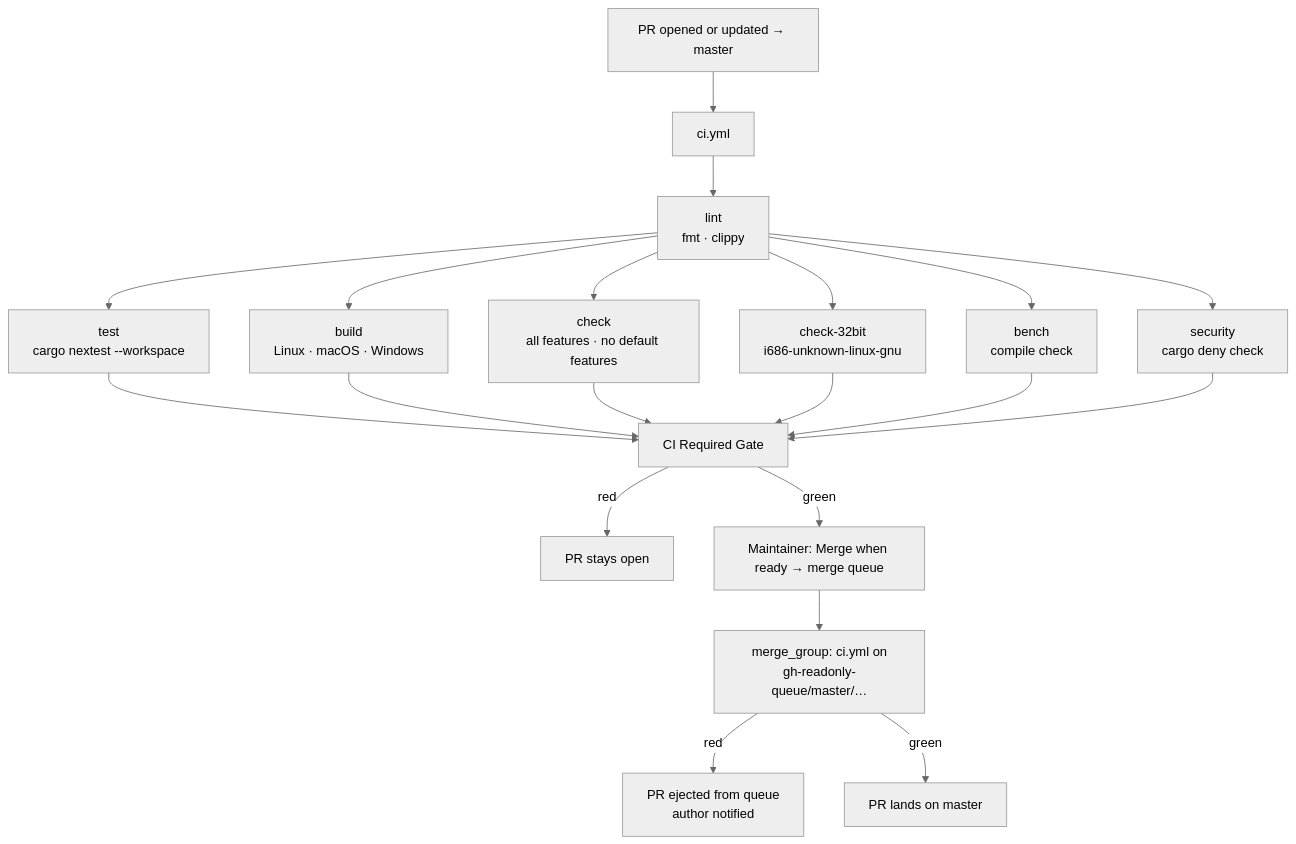
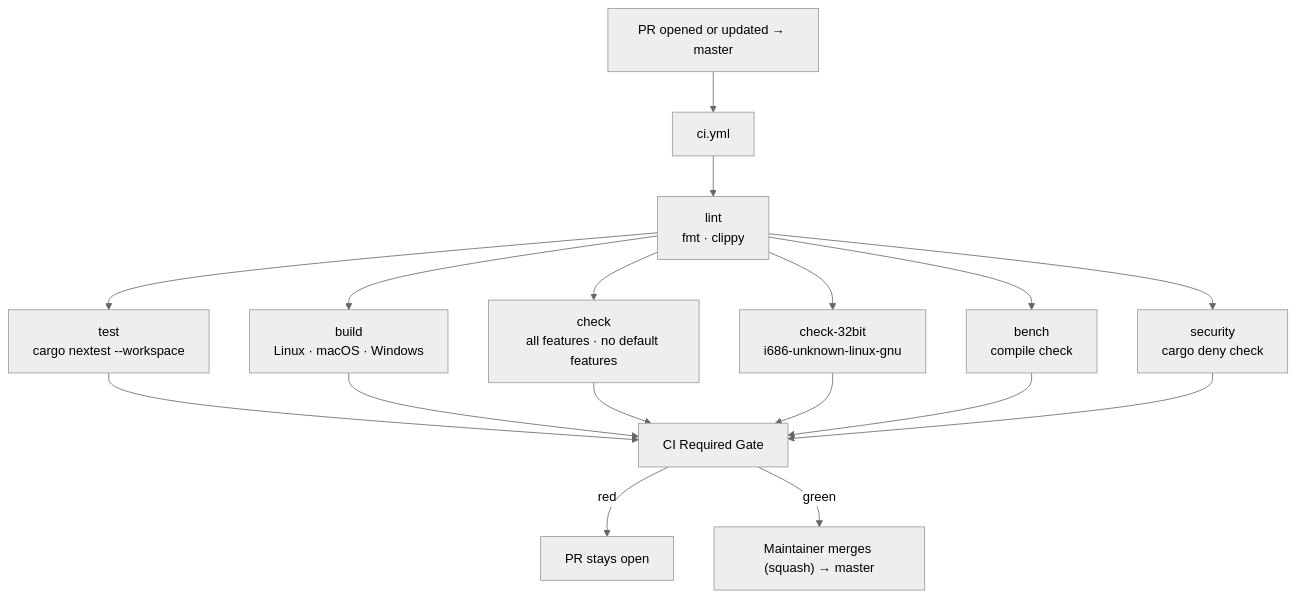
The first of 2 diagrams in .github/workflows/master-branch-flow.md (belumume/zeroclaw), drawn with Mermaid (neutral theme) before and after one commit. The commit also changed other lines of this file, not shown here.

First line of the commit message:
docs(ci): reflect merge queue disabled on master (#7783)

````diff
--- a/.github/workflows/master-branch-flow.md
+++ b/.github/workflows/master-branch-flow.md
@@ -119,17 +121,14 @@
 ```mermaid
 flowchart TD
   A["PR opened or updated → master"] --> B["ci.yml"]
   B --> L["lint\nfmt · clippy"]
   L --> T["test\ncargo nextest --workspace"]
   L --> BLD["build\nLinux · macOS · Windows"]
   L --> CHK["check\nall features · no default features"]
   L --> C32["check-32bit\ni686-unknown-linux-gnu"]
   L --> BCH["bench\ncompile check"]
   L --> SEC["security\ncargo deny check"]
   T & BLD & CHK & C32 & BCH & SEC --> G["CI Required Gate"]
   G -->|red| D["PR stays open"]
-  G -->|green| Q["Maintainer: Merge when ready → merge queue"]
-  Q --> MG["merge_group: ci.yml on\ngh-readonly-queue/master/…"]
-  MG -->|red| E["PR ejected from queue\nauthor notified"]
-  MG -->|green| R["PR lands on master"]
+  G -->|green| R["Maintainer merges (squash) → master"]
 ```
````
